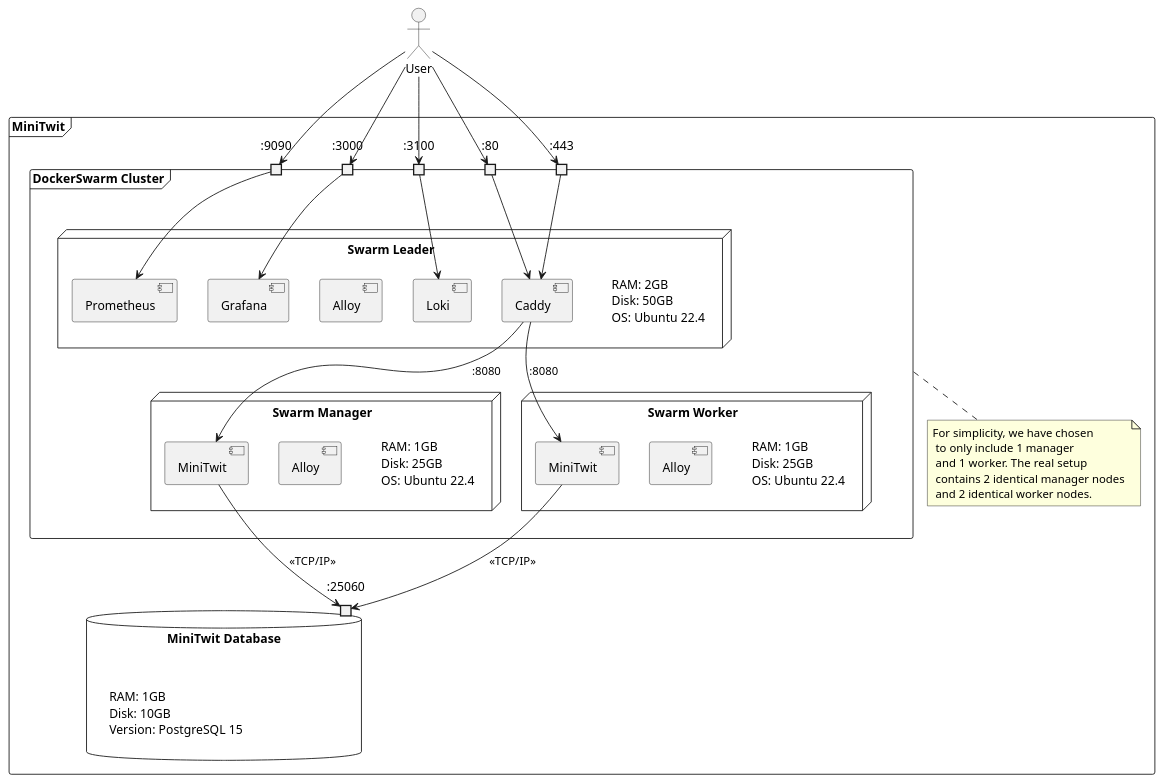
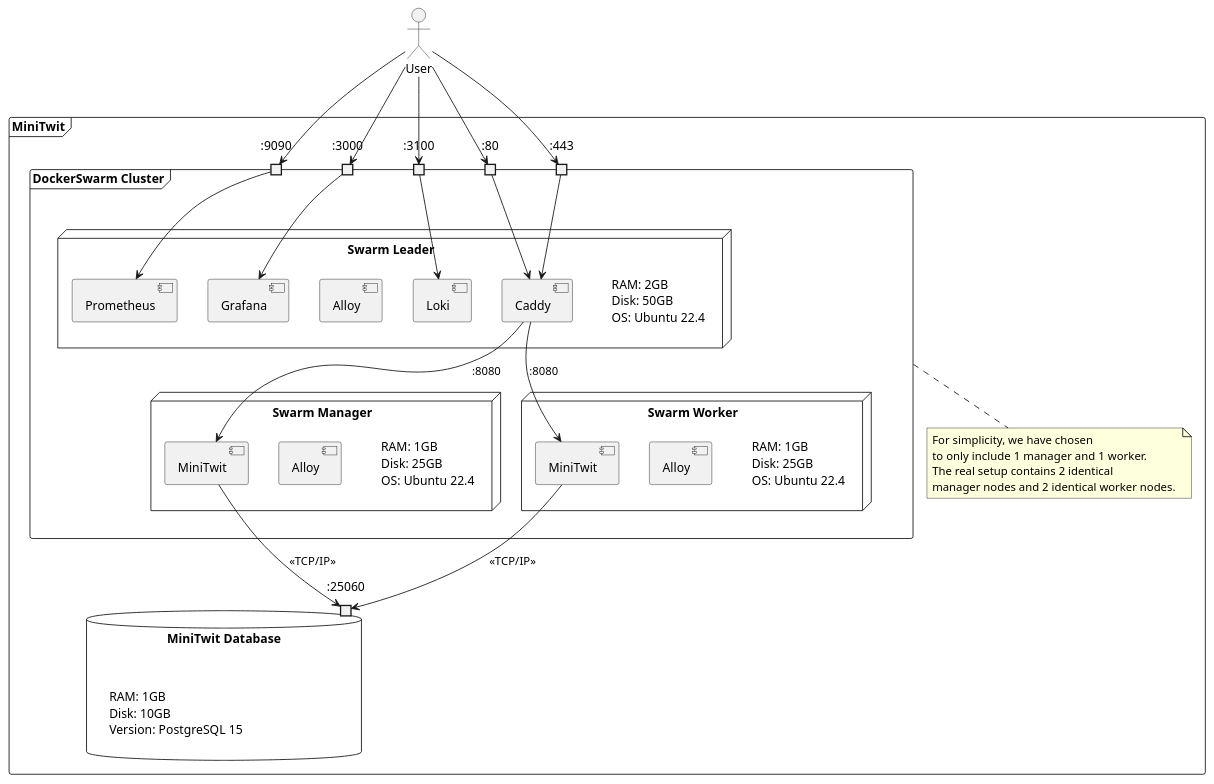
Before and after one commit to DevBobs-devops/Devbobs_MiniTwit: the diagram in report/src/diagrams/deployment-2.puml, drawn with PlantUML.

Commit message:
report: clarifying note

```diff
--- a/report/src/diagrams/deployment-2.puml
+++ b/report/src/diagrams/deployment-2.puml
@@ -1,73 +1,77 @@
 @startuml 
 
 actor User
 
-frame "MiniTwit"{
+frame "MiniTwit" as MiniTwit {
 
     frame "DockerSwarm Cluster" as DockerSwarm{
          
          
         port ":9090" as 9090
         port ":3000" as 3000
         port ":3100" as 3100
         port ":80"   as 80
         port ":443"  as 443
 
         node "Swarm Leader" as leader {
             label "RAM: 2GB\nDisk: 50GB \nOS: Ubuntu 22.4 " as label_0
 
             component Grafana
             component Loki
             component Alloy as alloy_0
             component Prometheus                 
             component Caddy
         }
 
     
             node "Swarm Manager" as manager_1 {
                 label "RAM: 1GB\nDisk: 25GB \nOS: Ubuntu 22.4 " as label_1
                 component Alloy as alloy_1
                 component MiniTwit as minitwit_0
             
             }
 
             node "Swarm Worker" as worker {
                 label "RAM: 1GB\nDisk: 25GB \nOS: Ubuntu 22.4 " as label_2
                 component Alloy as alloy_2
                 component MiniTwit as minitwit_1
             
             }
     
     
 }   
 
     database "MiniTwit Database" as db{
         label "RAM: 1GB \nDisk: 10GB \nVersion: PostgreSQL 15"
         port ":25060" as 25060        
     }
 
-    note bottom of DockerSwarm: For simplicity, we have chosen \n to only include 1 manager \n and 1 worker. The real setup \n contains 2 identical manager nodes \n and 2 identical worker nodes. 
-    
+    note bottom of DockerSwarm
+        For simplicity, we have chosen
+        to only include 1 manager and 1 worker. 
+        The real setup contains 2 identical 
+        manager nodes and 2 identical worker nodes. 
+    end note
 }
 
 
 User --> 80 
 User --> 443 
 User --> 9090
 User --> 3000
 User --> 3100 
 3000 --> Grafana 
 3100 --> Loki
 9090 --> Prometheus
 80 --> Caddy
 443 --> Caddy 
 
 
 Caddy --> minitwit_0 : :8080 
 Caddy --> minitwit_1 : :8080 
 minitwit_0 --> 25060 : <<TCP/IP>>
 minitwit_1 --> 25060 : <<TCP/IP>>
 
 
 
 @enduml
```
